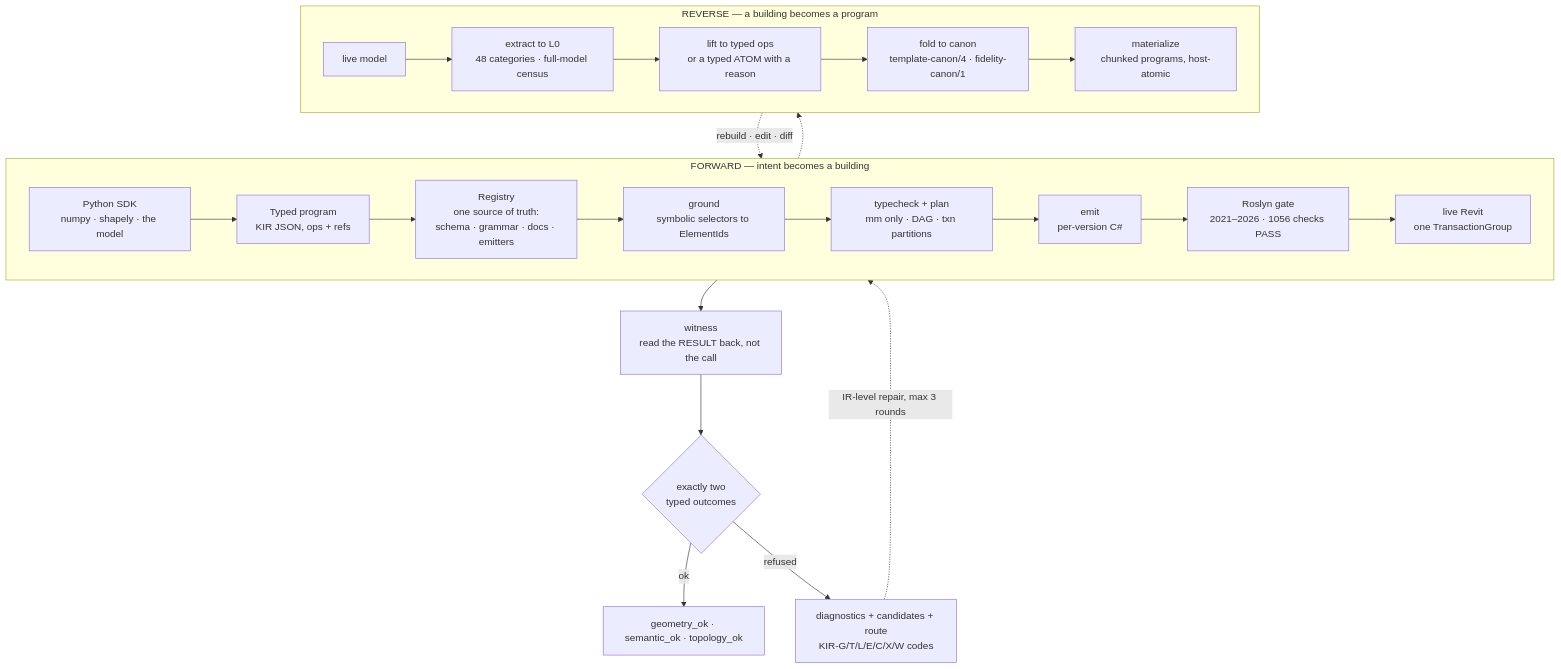
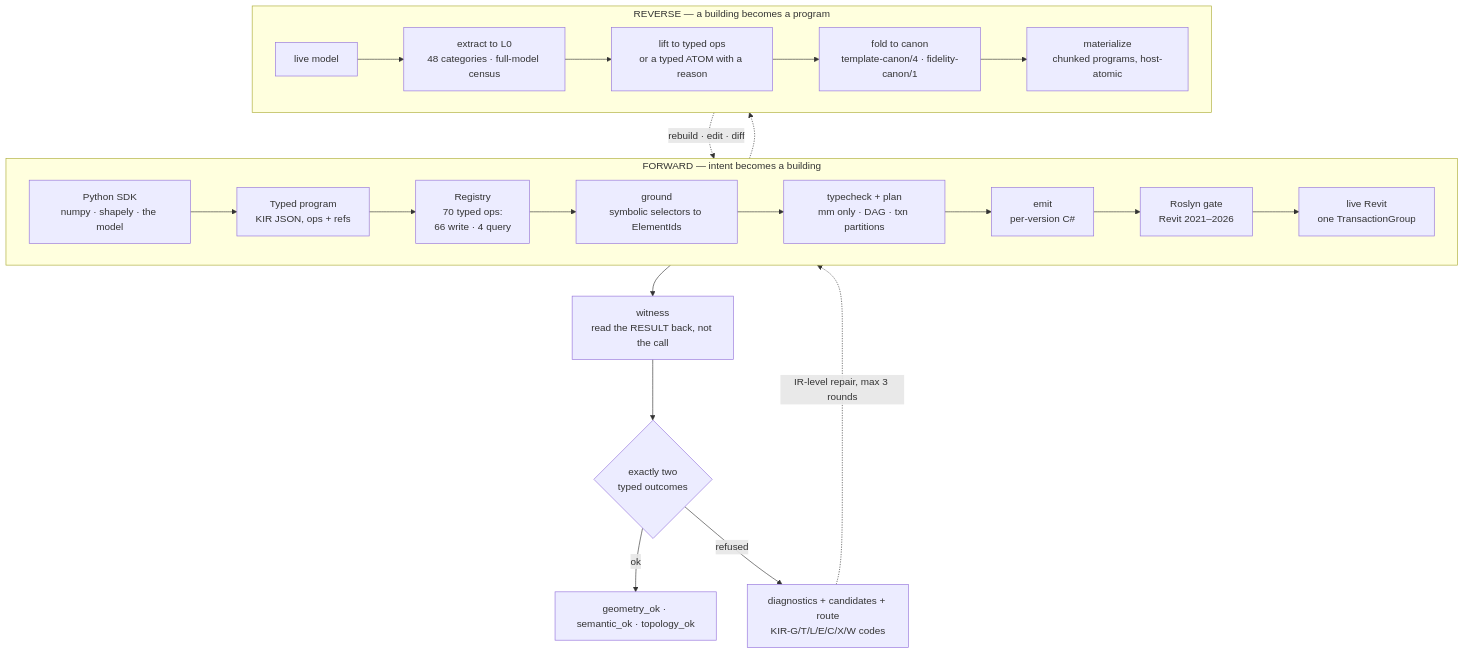
Before and after one commit to 5vbkgsghhh-hash/kir: the first of 3 diagrams in README.md, drawn with Mermaid. The commit also changed other lines of this file, not shown here.

````diff
--- a/README.md
+++ b/README.md
@@ -69,34 +69,34 @@
 ```mermaid
 flowchart TB
     subgraph FWD["FORWARD — intent becomes a building"]
         direction LR
         SDK["Python SDK<br/>numpy · shapely · the model"]
         PROG["Typed program<br/>KIR JSON, ops + refs"]
-        REG["Registry<br/>one source of truth:<br/>schema · grammar · docs · emitters"]
+        REG["Registry<br/>70 typed ops:<br/>66 write · 4 query"]
         GRND["ground<br/>symbolic selectors to ElementIds"]
         PLAN["typecheck + plan<br/>mm only · DAG · txn partitions"]
         EMIT["emit<br/>per-version C#"]
-        GATE["Roslyn gate<br/>2021–2026 · 1056 checks PASS"]
+        GATE["Roslyn gate<br/>Revit 2021–2026"]
         RUN["live Revit<br/>one TransactionGroup"]
         SDK --> PROG --> REG --> GRND --> PLAN --> EMIT --> GATE --> RUN
     end
 
     RUN --> WIT["witness<br/>read the RESULT back, not the call"]
     WIT --> OUT{"exactly two<br/>typed outcomes"}
     OUT -->|ok| OKN["geometry_ok · semantic_ok · topology_ok"]
     OUT -->|refused| REFN["diagnostics + candidates + route<br/>KIR-G/T/L/E/C/X/W codes"]
     REFN -.->|"IR-level repair, max 3 rounds"| PROG
 
     subgraph REV["REVERSE — a building becomes a program"]
         direction LR
         DOC["live model"]
         L0["extract to L0<br/>48 categories · full-model census"]
         L1["lift to typed ops<br/>or a typed ATOM with a reason"]
         FOLD["fold to canon<br/>template-canon/4 · fidelity-canon/1"]
         MAT["materialize<br/>chunked programs, host-atomic"]
         DOC --> L0 --> L1 --> FOLD --> MAT
     end
 
     RUN -.-> DOC
     MAT -.->|"rebuild · edit · diff"| PROG
 ```
````
